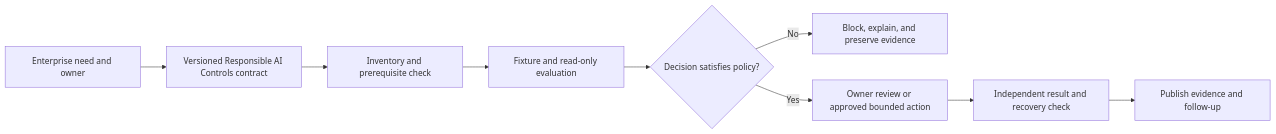
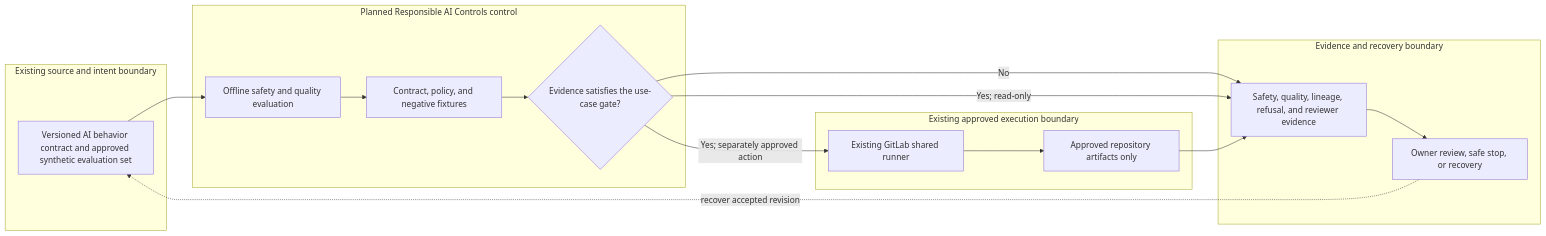
Before and after one commit to MIDHTECH/enterprise-architecture-docs: the diagram in docs/use-cases/healthcare-ai/UC-AI-008-responsible-ai-controls.md, drawn with Mermaid. The commit also changed other lines of this file and 227 other files, not shown here.

Commit message:
Deepen architecture for all use case designs

````diff
--- a/docs/use-cases/healthcare-ai/UC-AI-008-responsible-ai-controls.md
+++ b/docs/use-cases/healthcare-ai/UC-AI-008-responsible-ai-controls.md
@@ -136,11 +129,25 @@
 ```mermaid
 flowchart LR
-    Need["Enterprise need and owner"] --> Contract["Versioned Responsible AI Controls contract"]
-    Contract --> Preflight["Inventory and prerequisite check"]
-    Preflight --> Evaluate["Fixture and read-only evaluation"]
-    Evaluate --> Decision{"Decision satisfies policy?"}
-    Decision -->|No| Stop["Block, explain, and preserve evidence"]
-    Decision -->|Yes| Review["Owner review or approved bounded action"]
-    Review --> Verify["Independent result and recovery check"]
-    Verify --> Publish["Publish evidence and follow-up"]
+    subgraph Source["Existing source and intent boundary"]
+        A["Versioned AI behavior contract and approved synthetic evaluation set"]
+    end
+    subgraph Planned["Planned Responsible AI Controls control"]
+        B["Offline safety and quality evaluation"]
+        C["Contract, policy, and negative fixtures"]
+        D{"Evidence satisfies the use-case gate?"}
+    end
+    subgraph Runtime["Existing approved execution boundary"]
+        E["Existing GitLab shared runner"]
+        F["Approved repository artifacts only"]
+    end
+    subgraph Assurance["Evidence and recovery boundary"]
+        G["Safety, quality, lineage, refusal, and reviewer evidence"]
+        H["Owner review, safe stop, or recovery"]
+    end
+
+    A --> B --> C --> D
+    D -->|No| G --> H
+    D -->|Yes; read-only| G
+    D -->|Yes; separately approved action| E --> F --> G
+    H -. recover accepted revision .-> A
 ```
````
